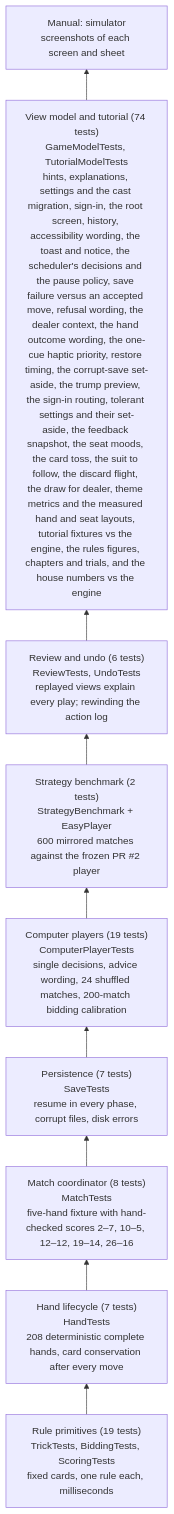
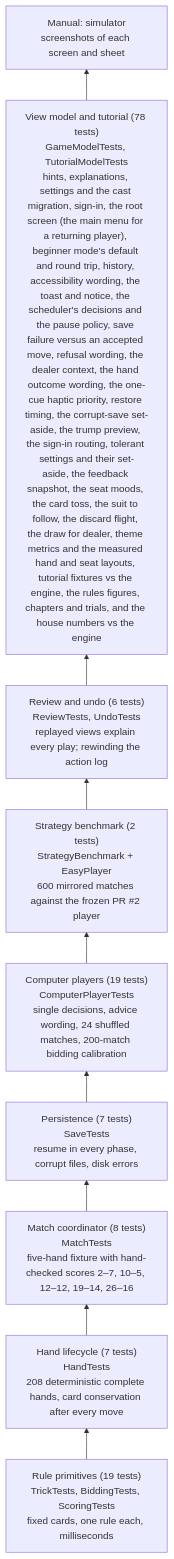
Before and after one commit to cmurphy1140/catch-5: the first of 2 diagrams in App/Explainer/docs/testing.md, drawn with Mermaid. The commit also changed other lines of this file and 16 other files, not shown here.

First line of the commit message:
Start over asks with an alert; docs catch up with the main menu, pause card and beginner mode (#41)

````diff
--- a/App/Explainer/docs/testing.md
+++ b/App/Explainer/docs/testing.md
@@ -40,13 +40,13 @@
 ```mermaid
 flowchart BT
     L1["Rule primitives (19 tests)<br/>TrickTests, BiddingTests, ScoringTests<br/>fixed cards, one rule each, milliseconds"]
     L2["Hand lifecycle (7 tests)<br/>HandTests<br/>208 deterministic complete hands, card conservation after every move"]
     L3["Match coordinator (8 tests)<br/>MatchTests<br/>five-hand fixture with hand-checked scores 2–7, 10–5, 12–12, 19–14, 26–16"]
     L4["Persistence (7 tests)<br/>SaveTests<br/>resume in every phase, corrupt files, disk errors"]
     L5["Computer players (19 tests)<br/>ComputerPlayerTests<br/>single decisions, advice wording, 24 shuffled matches, 200-match bidding calibration"]
     L5b["Strategy benchmark (2 tests)<br/>StrategyBenchmark + EasyPlayer<br/>600 mirrored matches against the frozen PR #2 player"]
     L5c["Review and undo (6 tests)<br/>ReviewTests, UndoTests<br/>replayed views explain every play; rewinding the action log"]
-    L6["View model and tutorial (74 tests)<br/>GameModelTests, TutorialModelTests<br/>hints, explanations, settings and the cast migration, sign-in, the root screen, history, accessibility wording, the toast and notice, the scheduler's decisions and the pause policy, save failure versus an accepted move, refusal wording, the dealer context, the hand outcome wording, the one-cue haptic priority, restore timing, the corrupt-save set-aside, the trump preview, the sign-in routing, tolerant settings and their set-aside, the feedback snapshot, the seat moods, the card toss, the suit to follow, the discard flight, the draw for dealer, theme metrics and the measured hand and seat layouts, tutorial fixtures vs the engine, the rules figures, chapters and trials, and the house numbers vs the engine"]
+    L6["View model and tutorial (78 tests)<br/>GameModelTests, TutorialModelTests<br/>hints, explanations, settings and the cast migration, sign-in, the root screen (the main menu for a returning player), beginner mode's default and round trip, history, accessibility wording, the toast and notice, the scheduler's decisions and the pause policy, save failure versus an accepted move, refusal wording, the dealer context, the hand outcome wording, the one-cue haptic priority, restore timing, the corrupt-save set-aside, the trump preview, the sign-in routing, tolerant settings and their set-aside, the feedback snapshot, the seat moods, the card toss, the suit to follow, the discard flight, the draw for dealer, theme metrics and the measured hand and seat layouts, tutorial fixtures vs the engine, the rules figures, chapters and trials, and the house numbers vs the engine"]
     L7["Manual: simulator<br/>screenshots of each screen and sheet"]
     L1 --> L2 --> L3 --> L4 --> L5 --> L5b --> L5c --> L6 --> L7
 ```
````
